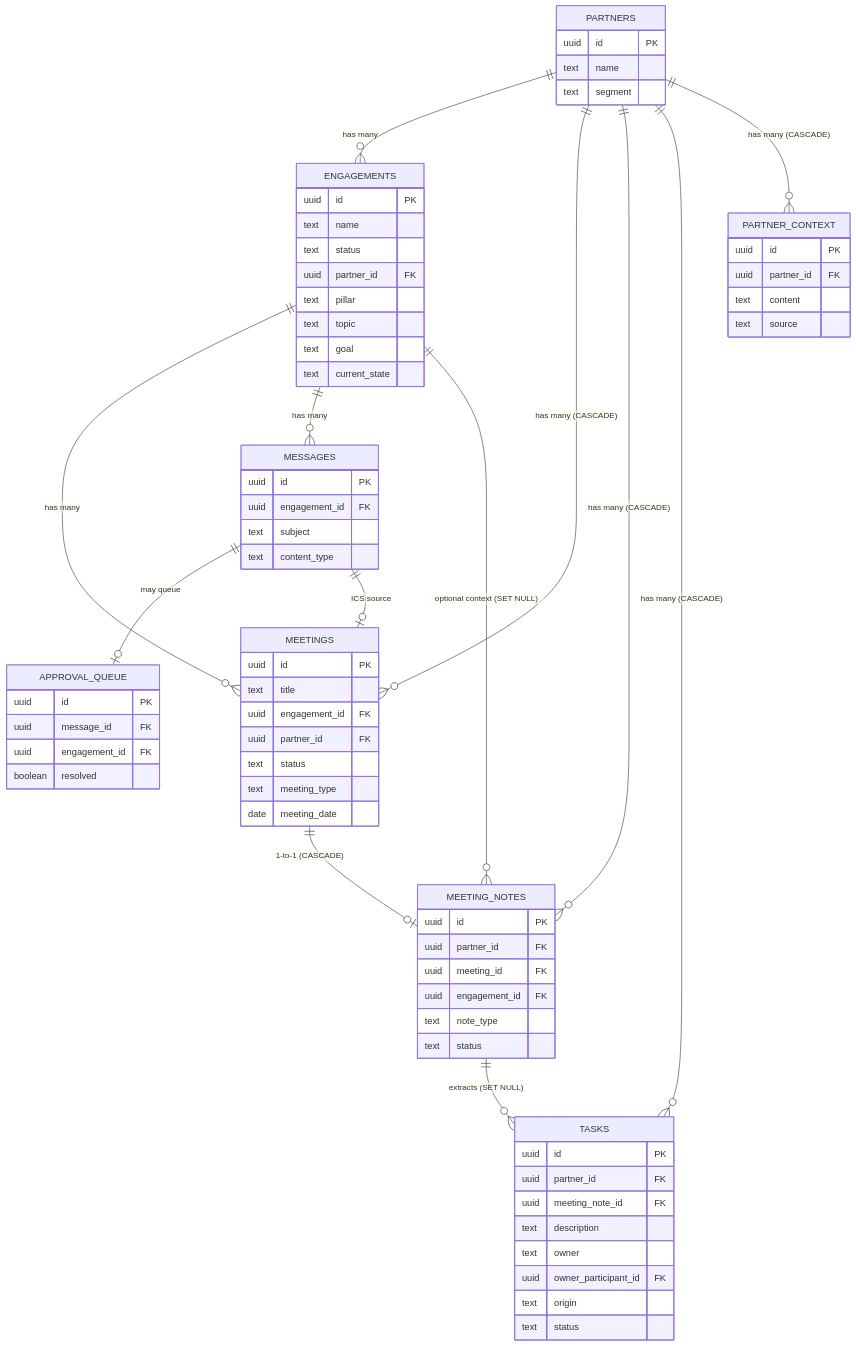
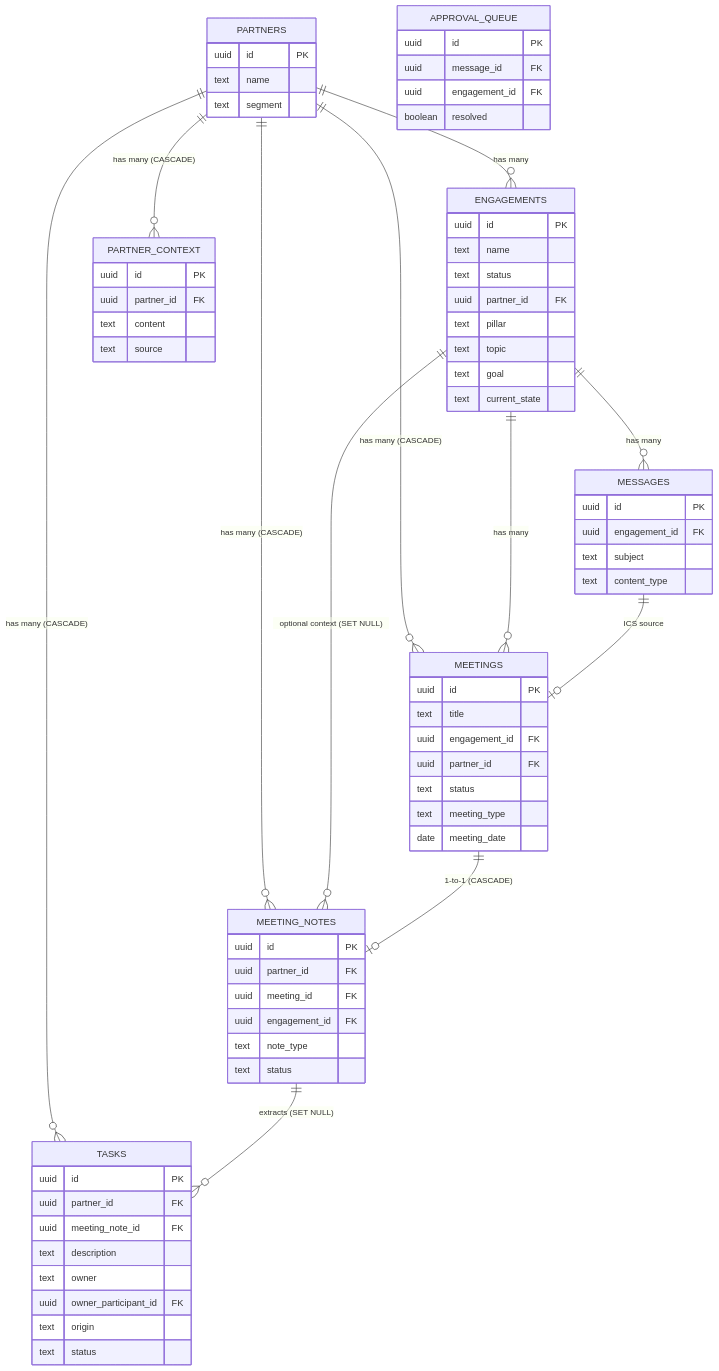
One commit to zingozingo/roadrunner changed the third of 5 diagrams in docs/entity-model.md. Above: the diagram before and after it, drawn with Mermaid. The commit also changed other lines of this file and 5 other files, not shown here.

Commit message:
docs: add decisions 240-249, update docs for inbox fixes and unknown partner flow

````diff
--- a/docs/entity-model.md
+++ b/docs/entity-model.md
@@ -255,76 +255,76 @@
 ```mermaid
 erDiagram
     PARTNERS ||--o{ ENGAGEMENTS : "has many"
     PARTNERS ||--o{ MEETINGS : "has many (CASCADE)"
     PARTNERS ||--o{ MEETING_NOTES : "has many (CASCADE)"
     PARTNERS ||--o{ TASKS : "has many (CASCADE)"
     PARTNERS ||--o{ PARTNER_CONTEXT : "has many (CASCADE)"
     ENGAGEMENTS ||--o{ MEETINGS : "has many"
     ENGAGEMENTS ||--o{ MESSAGES : "has many"
     ENGAGEMENTS ||--o{ MEETING_NOTES : "optional context (SET NULL)"
     MEETINGS ||--o| MEETING_NOTES : "1-to-1 (CASCADE)"
     MEETING_NOTES ||--o{ TASKS : "extracts (SET NULL)"
-    MESSAGES ||--o| APPROVAL_QUEUE : "may queue"
+
     MESSAGES ||--o| MEETINGS : "ICS source"
 
     PARTNERS {
         uuid id PK
         text name
         text segment
     }
     ENGAGEMENTS {
         uuid id PK
         text name
         text status
         uuid partner_id FK
         text pillar
         text topic
         text goal
         text current_state
     }
     MEETINGS {
         uuid id PK
         text title
         uuid engagement_id FK
         uuid partner_id FK
         text status
         text meeting_type
         date meeting_date
     }
     MEETING_NOTES {
         uuid id PK
         uuid partner_id FK
         uuid meeting_id FK
         uuid engagement_id FK
         text note_type
         text status
     }
     TASKS {
         uuid id PK
         uuid partner_id FK
         uuid meeting_note_id FK
         text description
         text owner
         uuid owner_participant_id FK
         text origin
         text status
     }
     MESSAGES {
         uuid id PK
         uuid engagement_id FK
         text subject
         text content_type
     }
     APPROVAL_QUEUE {
         uuid id PK
         uuid message_id FK
         uuid engagement_id FK
         boolean resolved
     }
     PARTNER_CONTEXT {
         uuid id PK
         uuid partner_id FK
         text content
         text source
     }
 ```
````
